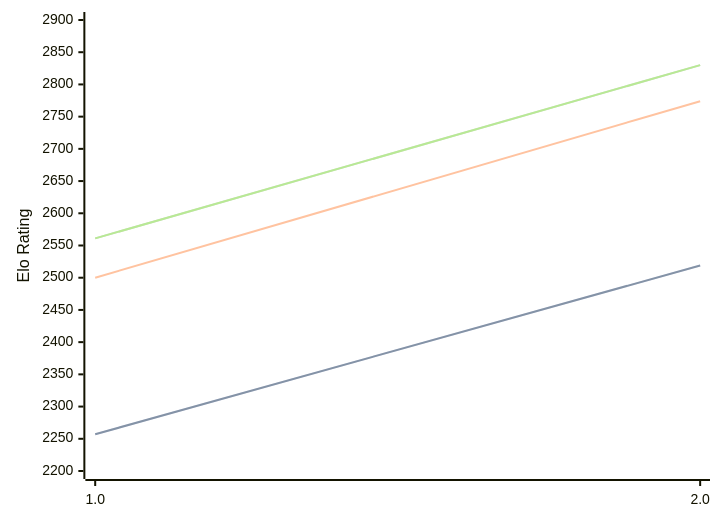
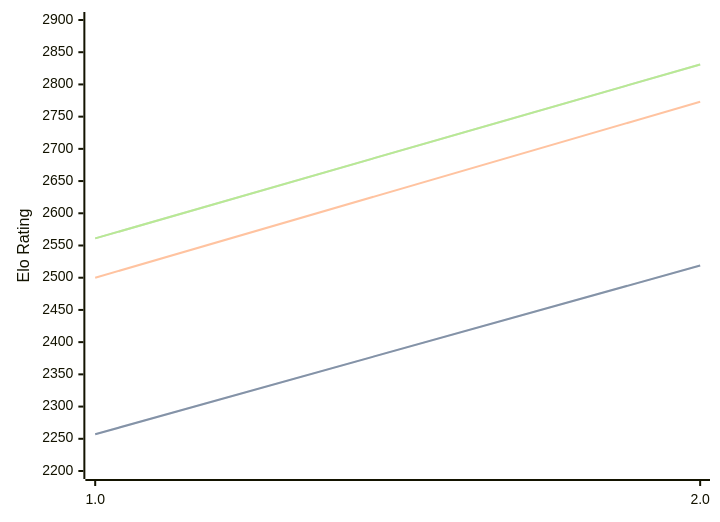
One commit to computer-chess-index/cci changed the diagram in engines/Revolver.md. Above: the diagram before and after it, drawn with Mermaid. The commit also changed other lines of this file, not shown here.

Commit message:
Update CCI Ratings (ELO VLTC) - 2026-08-31

````diff
--- a/engines/Revolver.md
+++ b/engines/Revolver.md
@@ -32,11 +32,11 @@
 ```mermaid
 %%{init: {"theme":"base","themeVariables":{"seriesColors:['#a3a3a3','#222221','#faa371']}}}%%
 xychart-beta
   x-axis ["1.0", "2.0"]
   y-axis "Elo Rating" 2200 --> 2900
   line "" [2257, 2519]
   line "STC (8.0+0.08s)" [2257, 2519]
-  line "LTC (60.0+0.60s)" [2500, 2774]
-  line "" [2561, 2830]
-  line "VLTC (2m24s+1.12s)" [2561, 2830]
+  line "LTC (60.0+0.60s)" [2500, 2773]
+  line "" [2561, 2831]
+  line "VLTC (2m24s+1.12s)" [2561, 2831]
 ```
````
